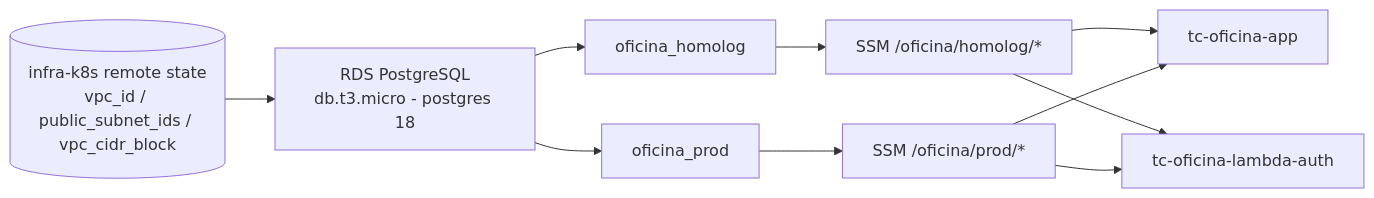
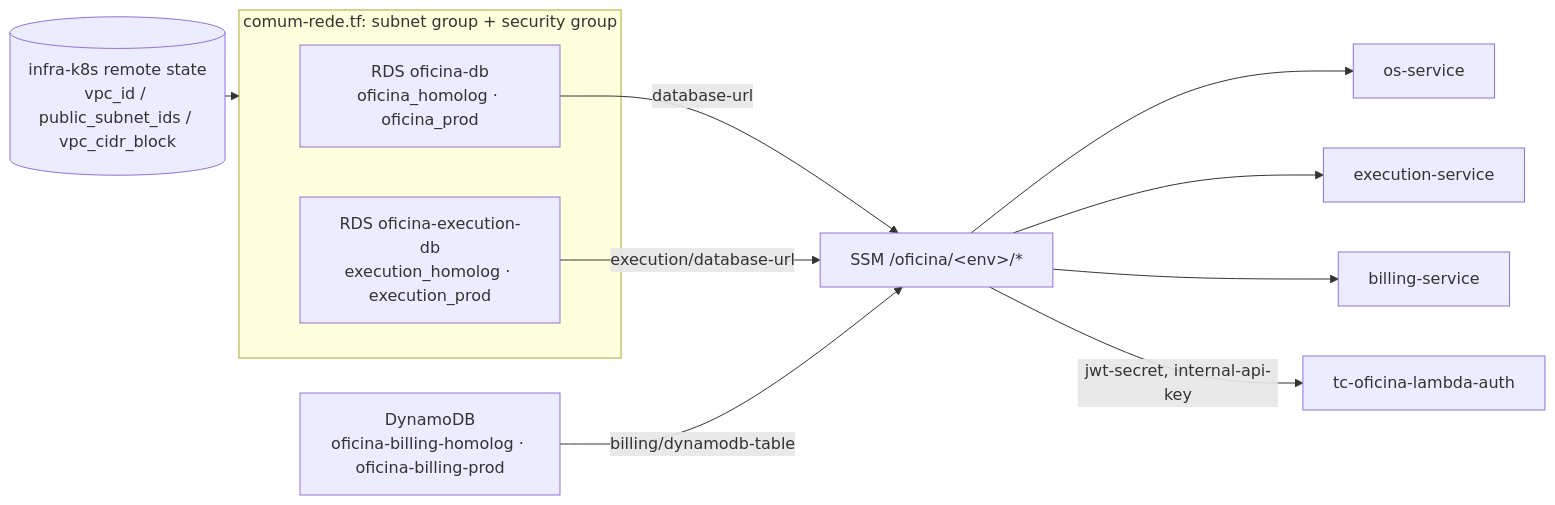
One commit to FIAP-POS-TECH-SOFTWARE-ARCHITECTURE/tc-oficina-infra-db changed the diagram in README.md. Above: the diagram before and after it, drawn with Mermaid. The commit also changed other lines of this file and 2 other files, not shown here.

````diff
--- a/README.md
+++ b/README.md
@@ -32,21 +39,23 @@
 ```mermaid
 flowchart LR
     K8S[("infra-k8s remote state<br/>vpc_id / public_subnet_ids / vpc_cidr_block")]
-    RDS["RDS PostgreSQL<br/>db.t3.micro - postgres 18"]
-    DBH["oficina_homolog"]
-    DBP["oficina_prod"]
-    SSMH["SSM /oficina/homolog/*"]
-    SSMP["SSM /oficina/prod/*"]
-    APP["tc-oficina-app"]
+    subgraph REDE["comum-rede.tf: subnet group + security group"]
+        RDSOS["RDS oficina-db<br/>oficina_homolog · oficina_prod"]
+        RDSEX["RDS oficina-execution-db<br/>execution_homolog · execution_prod"]
+    end
+    DDB["DynamoDB<br/>oficina-billing-homolog · oficina-billing-prod"]
+    SSM["SSM /oficina/&lt;env&gt;/*"]
+    OS["os-service"]
+    EX["execution-service"]
+    BI["billing-service"]
     LAMBDA["tc-oficina-lambda-auth"]
 
-    K8S --> RDS
-    RDS --> DBH
-    RDS --> DBP
-    DBH --> SSMH
-    DBP --> SSMP
-    SSMH --> APP
-    SSMH --> LAMBDA
-    SSMP --> APP
-    SSMP --> LAMBDA
+    K8S --> REDE
+    RDSOS -->|database-url| SSM
+    RDSEX -->|execution/database-url| SSM
+    DDB -->|billing/dynamodb-table| SSM
+    SSM --> OS
+    SSM --> EX
+    SSM --> BI
+    SSM -->|jwt-secret, internal-api-key| LAMBDA
 ```
````
